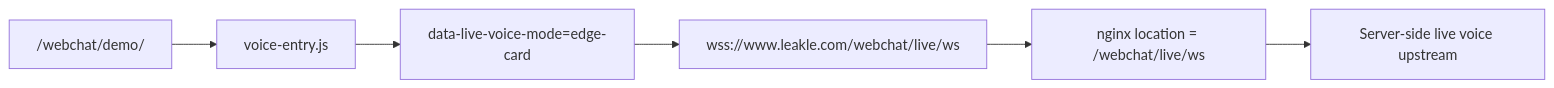
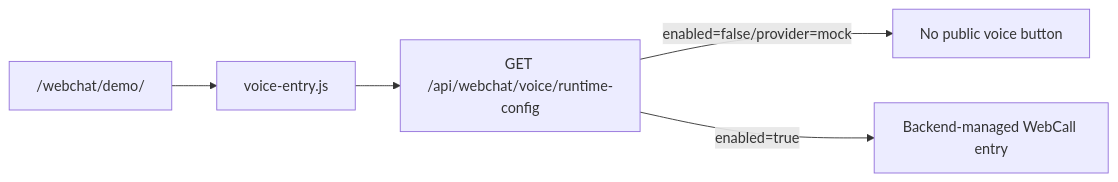
Before and after one commit to Maximvonshaft/nexus_helpdesk: the third of 5 diagrams in docs/TECHNICAL_MANUAL.md, drawn with Mermaid. The commit also changed other lines of this file and 15 other files, not shown here.

````diff
--- a/docs/TECHNICAL_MANUAL.md
+++ b/docs/TECHNICAL_MANUAL.md
@@ -169,8 +168,7 @@
 ```mermaid
 flowchart LR
   demo["/webchat/demo/"] --> voice_entry["voice-entry.js"]
-  voice_entry --> mode["data-live-voice-mode=edge-card"]
-  mode --> ws["wss://www.leakle.com/webchat/live/ws"]
-  ws --> nginx["nginx location = /webchat/live/ws"]
-  nginx --> upstream["Server-side live voice upstream"]
+  voice_entry --> config["GET /api/webchat/voice/runtime-config"]
+  config -->|"enabled=false/provider=mock"| hidden["No public voice button"]
+  config -->|"enabled=true"| webcall["Backend-managed WebCall entry"]
 ```
````
